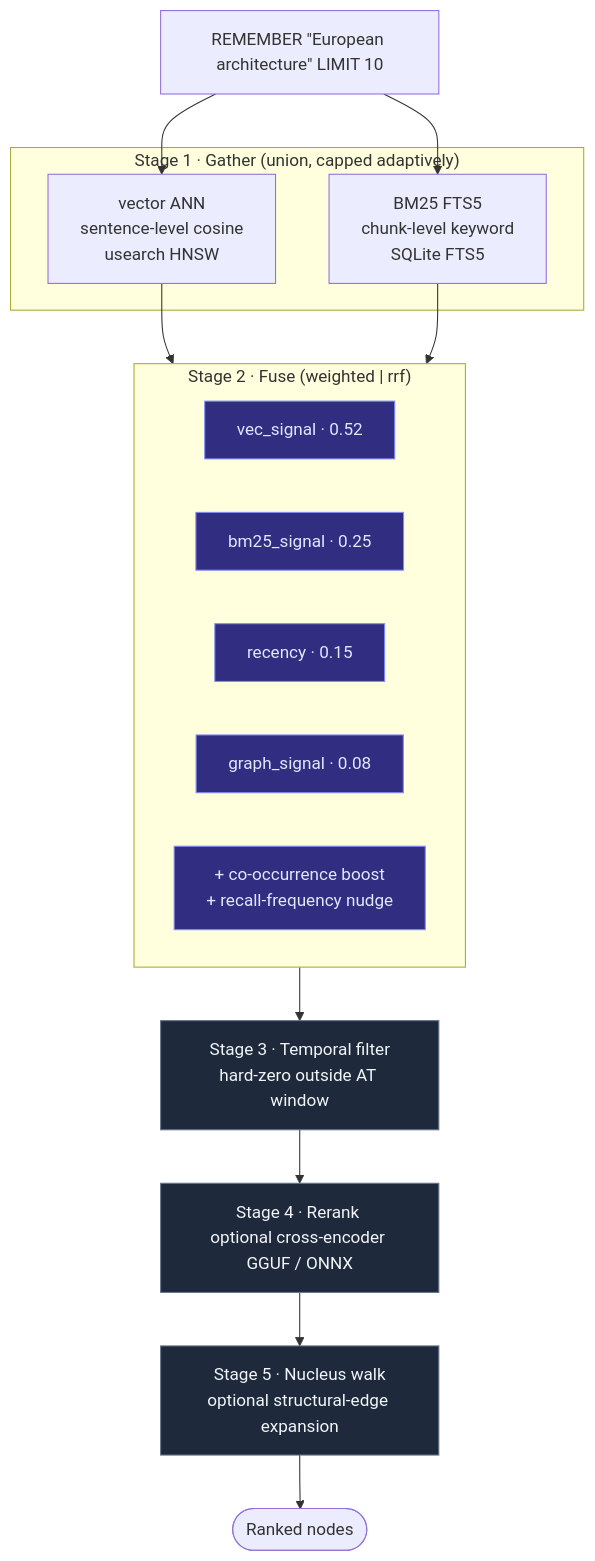
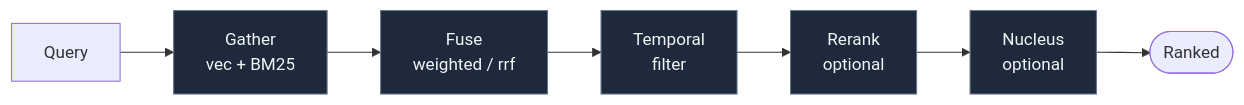
One commit to orkait/graphstore changed the second of 2 diagrams in README.md. Above: the diagram before and after it, drawn with Mermaid. The commit also changed other lines of this file, not shown here.

First line of the commit message:
docs(readme): compact mermaid diagrams + collapse behind <details>

````diff
--- a/README.md
+++ b/README.md
@@ -80,37 +76,12 @@
 ```mermaid
-flowchart TD
-    Q["REMEMBER &quot;European architecture&quot; LIMIT 10"]
+flowchart LR
+    Q[Query] --> G[Gather<br/>vec + BM25]
+    G --> F[Fuse<br/>weighted / rrf]
+    F --> T[Temporal<br/>filter]
+    T --> R[Rerank<br/>optional]
+    R --> N[Nucleus<br/>optional]
+    N --> O([Ranked])
 
-    subgraph S1 ["Stage 1 · Gather (union, capped adaptively)"]
-        V[vector ANN<br/>sentence-level cosine<br/>usearch HNSW]
-        B[BM25 FTS5<br/>chunk-level keyword<br/>SQLite FTS5]
-    end
-
-    subgraph S2 ["Stage 2 · Fuse (weighted | rrf)"]
-        direction LR
-        F1[vec_signal · 0.52]
-        F2[bm25_signal · 0.25]
-        F3[recency · 0.15]
-        F4[graph_signal · 0.08]
-        F5[+ co-occurrence boost<br/>+ recall-frequency nudge]
-    end
-
-    S3[Stage 3 · Temporal filter<br/>hard-zero outside AT window]
-    S4[Stage 4 · Rerank <br/>optional cross-encoder GGUF / ONNX]
-    S5[Stage 5 · Nucleus walk<br/>optional structural-edge expansion]
-    R([Ranked nodes])
-
-    Q --> V
-    Q --> B
-    V --> S2
-    B --> S2
-    S2 --> S3
-    S3 --> S4
-    S4 --> S5
-    S5 --> R
-
-    classDef stage fill:#1e293b,stroke:#64748b,color:#f1f5f9,stroke-width:1px
-    classDef signal fill:#312e81,stroke:#818cf8,color:#e0e7ff,stroke-width:1px
-    class S3,S4,S5 stage
-    class F1,F2,F3,F4,F5 signal
+    classDef stage fill:#1e293b,stroke:#64748b,color:#f1f5f9
+    class G,F,T,R,N stage
 ```
````
